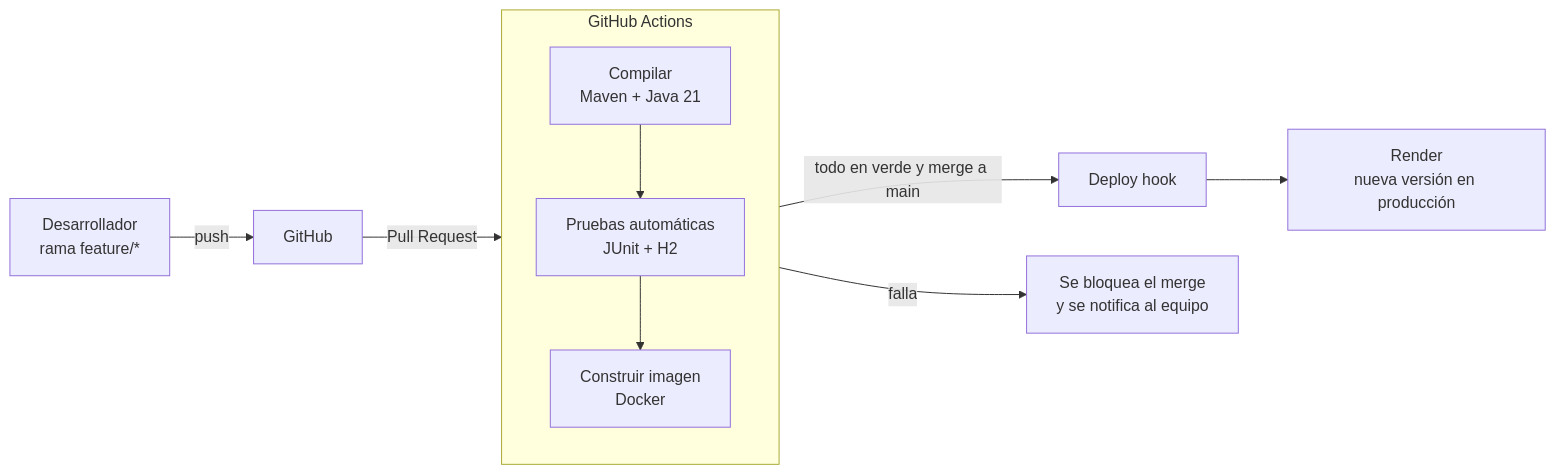
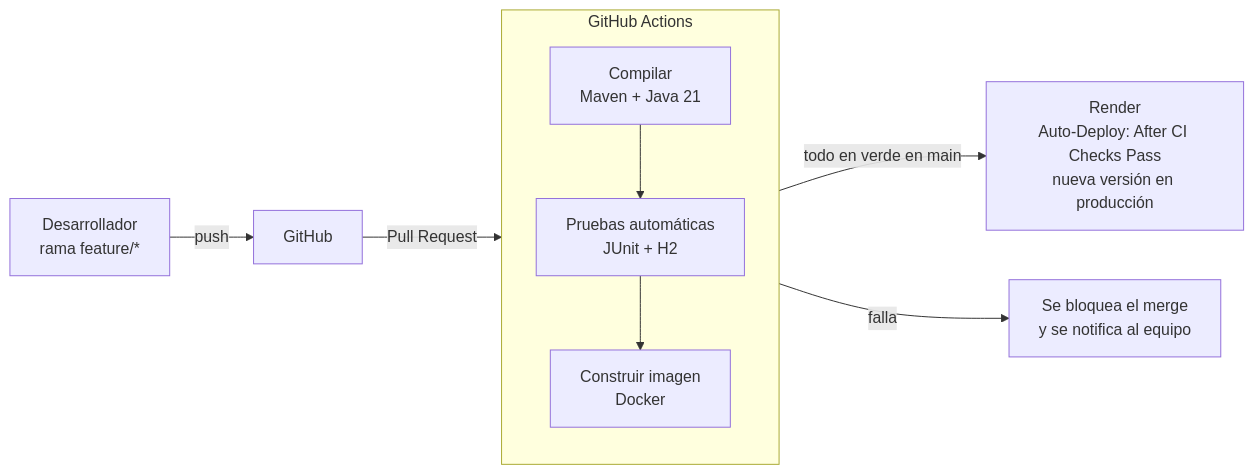
Before and after one commit to Nva-15/sistema-panaderia-los-andes: the fifth of 5 diagrams in docs/avance1/informe_avance1.md, drawn with Mermaid. The commit also changed other lines of this file and 3 other files, not shown here.

First line of the commit message:
Documentar despliegue en Render con Auto-Deploy tras pasar CI

````diff
--- a/docs/avance1/informe_avance1.md
+++ b/docs/avance1/informe_avance1.md
@@ -179,12 +179,11 @@
 ```mermaid
 flowchart LR
     DEV[Desarrollador<br/>rama feature/*] -- push --> GH[GitHub]
     GH -- Pull Request --> CI
     subgraph CI["GitHub Actions"]
         B1[Compilar<br/>Maven + Java 21] --> B2[Pruebas automáticas<br/>JUnit + H2]
         B2 --> B3[Construir imagen<br/>Docker]
     end
-    CI -- todo en verde y merge a main --> CD[Deploy hook]
-    CD --> R[Render<br/>nueva versión en producción]
+    CI -- todo en verde en main --> R[Render<br/>Auto-Deploy: After CI Checks Pass<br/>nueva versión en producción]
     CI -- falla --> X[Se bloquea el merge<br/>y se notifica al equipo]
 ```
````
